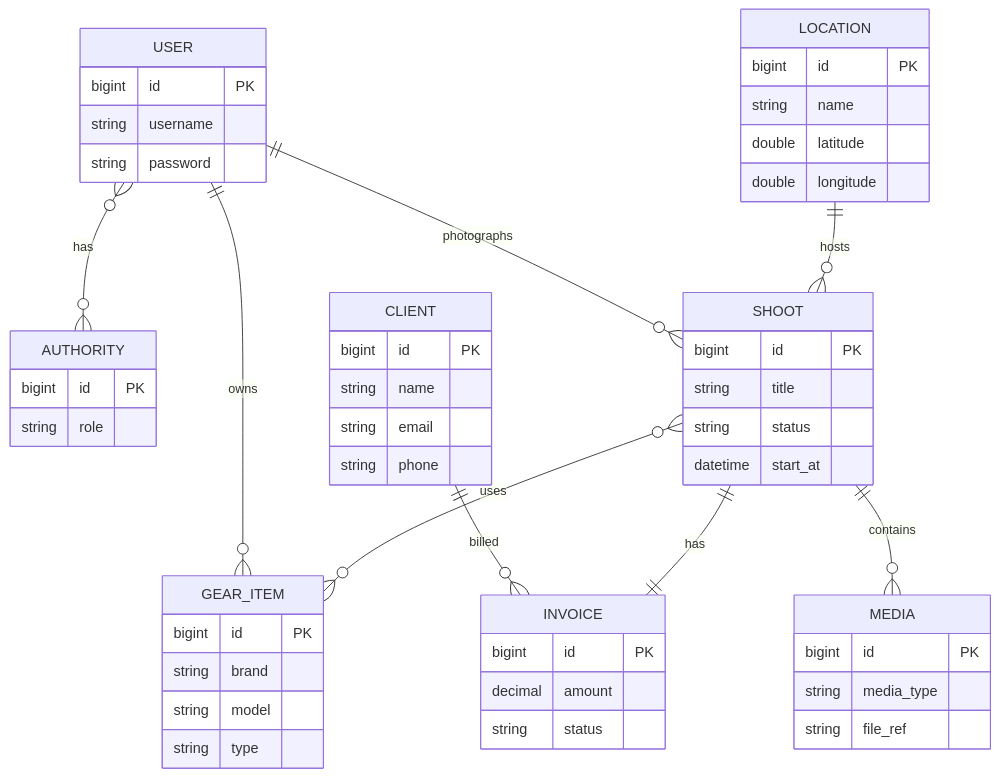
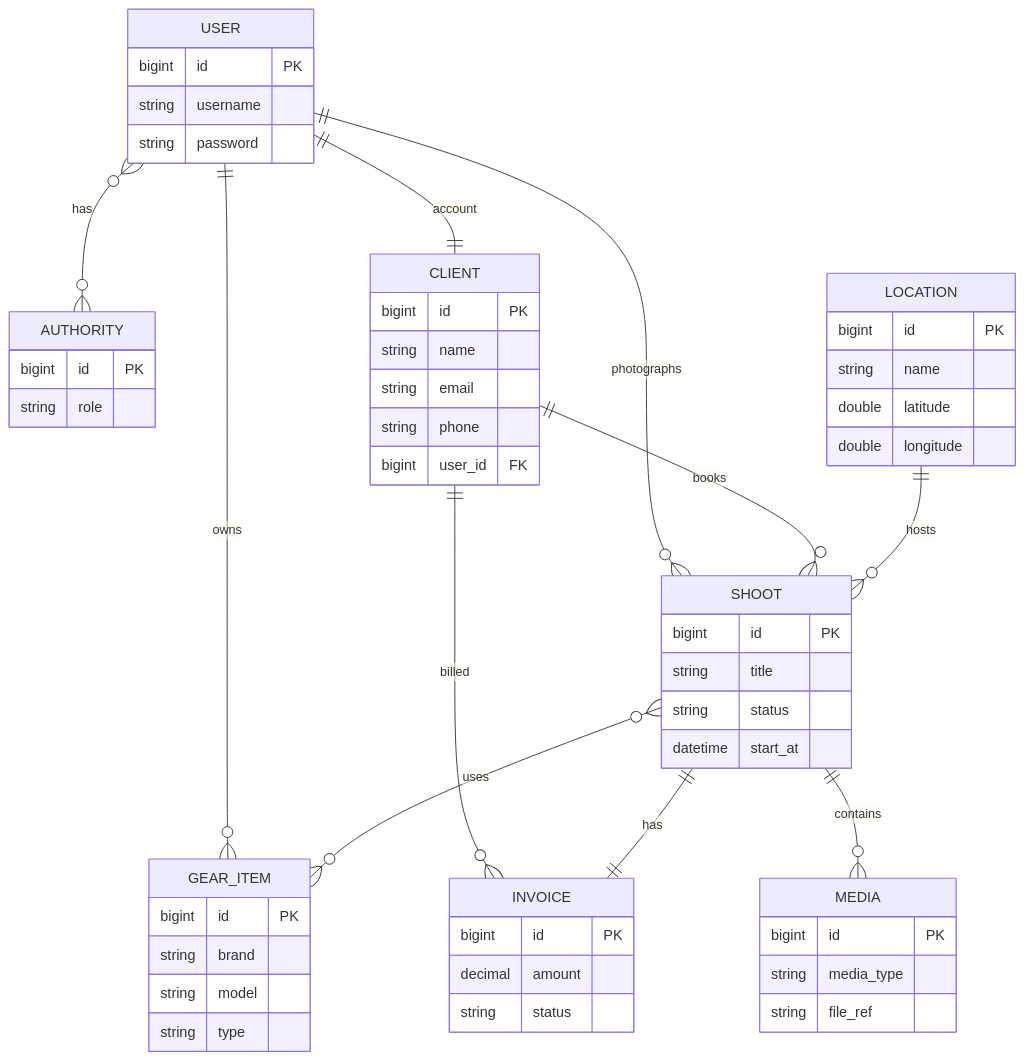
One commit to AlexMihai1126/ProiectAWBD2026 changed the diagram in README.md. Above: the diagram before and after it, drawn with Mermaid. The commit also changed other lines of this file, not shown here.

````diff
--- a/README.md
+++ b/README.md
@@ -94,55 +94,58 @@
 ```mermaid
 erDiagram
     USER ||--o{ GEAR_ITEM : owns
     USER }o--o{ AUTHORITY : has
     USER ||--o{ SHOOT : photographs
+    USER ||--|| CLIENT : account
+    CLIENT ||--o{ SHOOT : books
     LOCATION ||--o{ SHOOT : hosts
     CLIENT ||--o{ INVOICE : billed
     SHOOT ||--|| INVOICE : has
     SHOOT ||--o{ MEDIA : contains
     SHOOT }o--o{ GEAR_ITEM : uses
 
     USER {
         bigint id PK
         string username
         string password
     }
     AUTHORITY {
         bigint id PK
         string role
     }
     CLIENT {
         bigint id PK
         string name
         string email
         string phone
+        bigint user_id FK
     }
     LOCATION {
         bigint id PK
         string name
         double latitude
         double longitude
     }
     GEAR_ITEM {
         bigint id PK
         string brand
         string model
         string type
     }
     SHOOT {
         bigint id PK
         string title
         string status
         datetime start_at
     }
     MEDIA {
         bigint id PK
         string media_type
         string file_ref
     }
     INVOICE {
         bigint id PK
         decimal amount
         string status
     }
 ```
````
